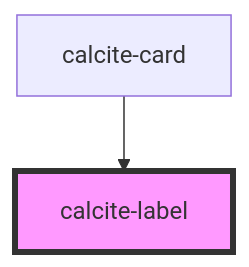
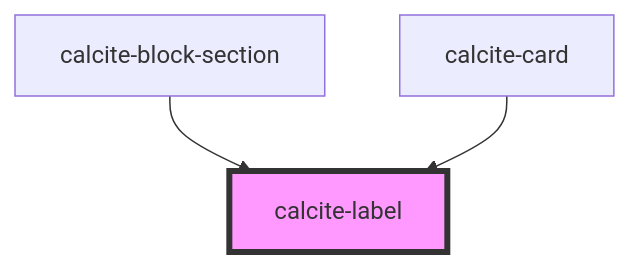
Before and after one commit to vikivakarvc/calcite-design-system: the diagram in packages/calcite-components/src/components/label/readme.md, drawn with Mermaid. The commit also changed other lines of this file and 91 other files, not shown here.

````diff
--- a/packages/calcite-components/src/components/label/readme.md
+++ b/packages/calcite-components/src/components/label/readme.md
@@ -59,5 +60,6 @@
 ```mermaid
 graph TD;
+  calcite-block-section --> calcite-label
   calcite-card --> calcite-label
   style calcite-label fill:#f9f,stroke:#333,stroke-width:4px
 ```
````
